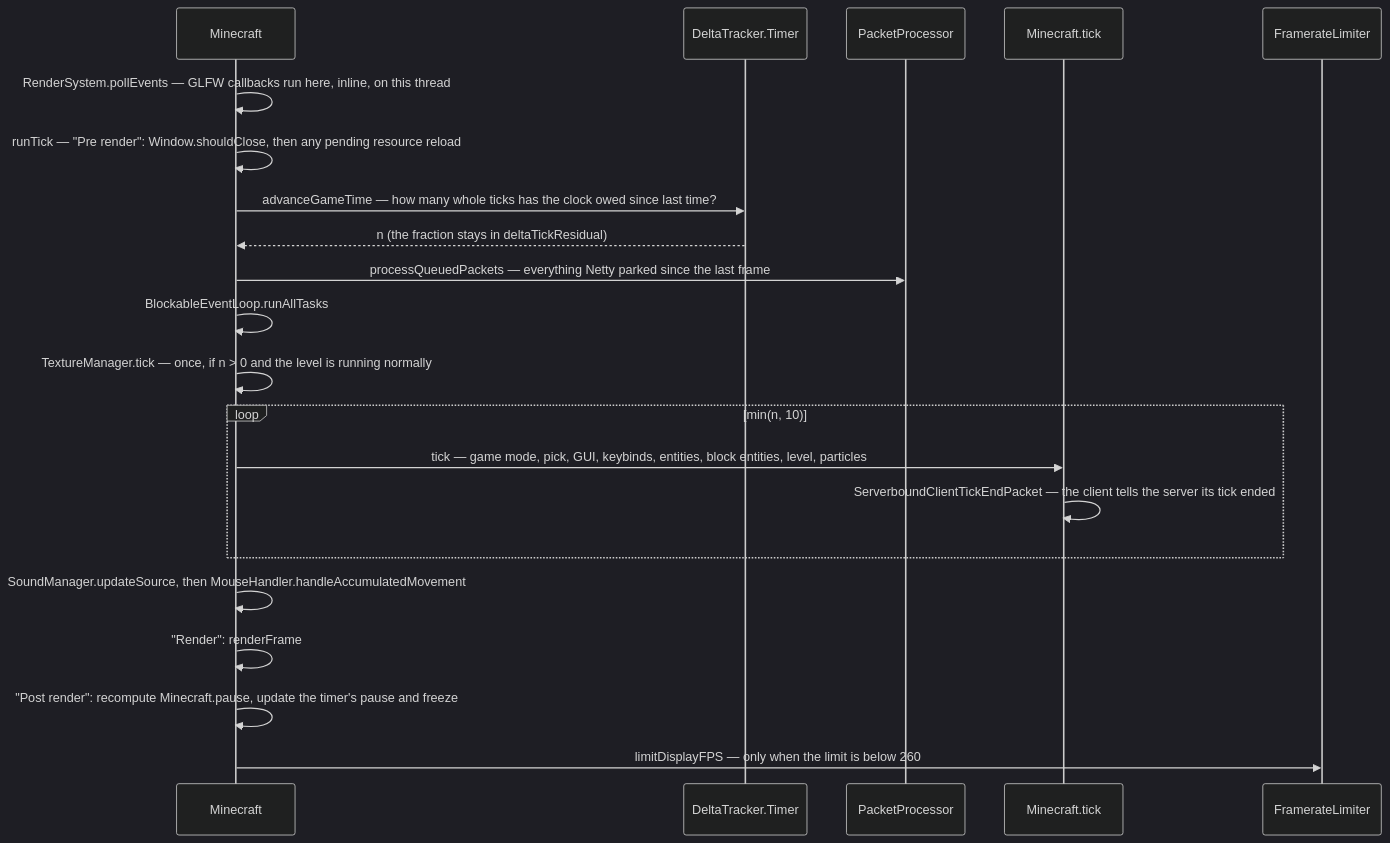
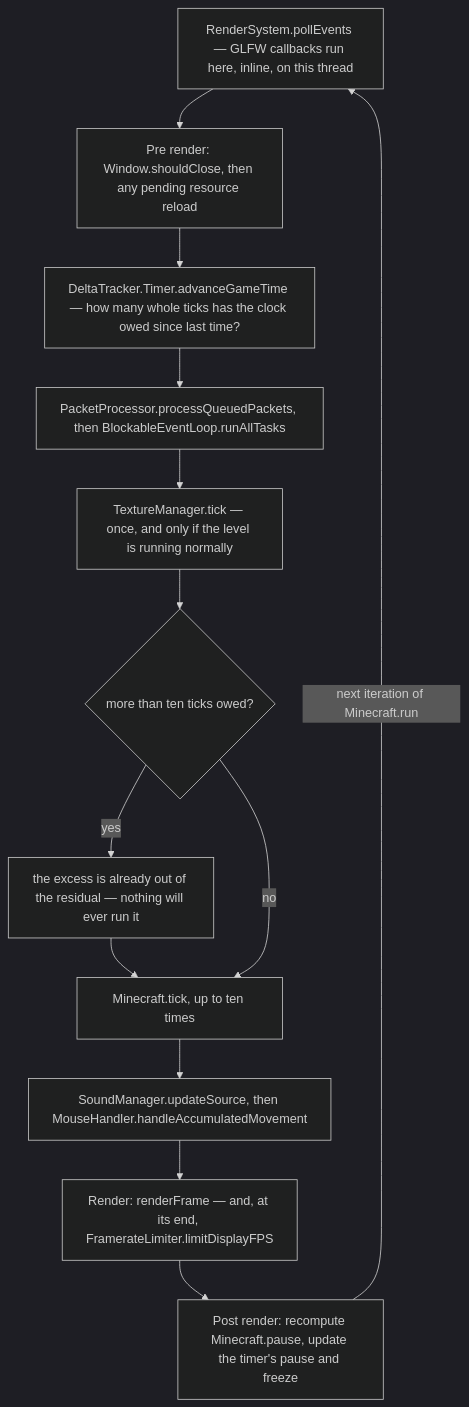
Before and after one commit to AlexanderjFraser/MinecraftDocs: the diagram in src/systems/client/the-client-loop.md, drawn with Mermaid (dark theme). The commit also changed other lines of this file and 27 other files, not shown here.

````diff
--- a/src/systems/client/the-client-loop.md
+++ b/src/systems/client/the-client-loop.md
@@ -99,24 +40,19 @@
 ```mermaid
-sequenceDiagram
-    participant M as Minecraft
-    participant DT as DeltaTracker.Timer
-    participant PP as PacketProcessor
-    participant T as Minecraft.tick
-    participant FL as FramerateLimiter
-
-    M->>M: RenderSystem.pollEvents — GLFW callbacks run here, inline, on this thread
-    M->>M: runTick — "Pre render": Window.shouldClose, then any pending resource reload
-    M->>DT: advanceGameTime — how many whole ticks has the clock owed since last time?
-    DT-->>M: n (the fraction stays in deltaTickResidual)
-    M->>PP: processQueuedPackets — everything Netty parked since the last frame
-    M->>M: BlockableEventLoop.runAllTasks
-    M->>M: TextureManager.tick — once, if n > 0 and the level is running normally
-    loop min(n, 10)
-        M->>T: tick — game mode, pick, GUI, keybinds, entities, block entities, level, particles
-        T->>T: ServerboundClientTickEndPacket — the client tells the server its tick ended
-    end
-    M->>M: SoundManager.updateSource, then MouseHandler.handleAccumulatedMovement
-    M->>M: "Render": renderFrame
-    M->>M: "Post render": recompute Minecraft.pause, update the timer's pause and freeze
-    M->>FL: limitDisplayFPS — only when the limit is below 260
+flowchart TD
+    POLL["RenderSystem.pollEvents — GLFW callbacks run here, inline, on this thread"]
+    PRE["Pre render: Window.shouldClose, then any pending resource reload"]
+    ASK["DeltaTracker.Timer.advanceGameTime — how many whole ticks has the clock owed since last time?"]
+    DRAIN["PacketProcessor.processQueuedPackets, then BlockableEventLoop.runAllTasks"]
+    TEX["TextureManager.tick — once, and only if the level is running normally"]
+    CLAMP{"more than ten ticks owed?"}
+    DROP["the excess is already out of the residual — nothing will ever run it"]
+    TICK["Minecraft.tick, up to ten times"]
+    PREFRAME["SoundManager.updateSource, then MouseHandler.handleAccumulatedMovement"]
+    FRAME["Render: renderFrame — and, at its end, FramerateLimiter.limitDisplayFPS"]
+    POST["Post render: recompute Minecraft.pause, update the timer's pause and freeze"]
+    POLL --> PRE --> ASK --> DRAIN --> TEX --> CLAMP
+    CLAMP -- "yes" --> DROP --> TICK
+    CLAMP -- "no" --> TICK
+    TICK --> PREFRAME --> FRAME --> POST
+    POST -- "next iteration of Minecraft.run" --> POLL
 ```
````
